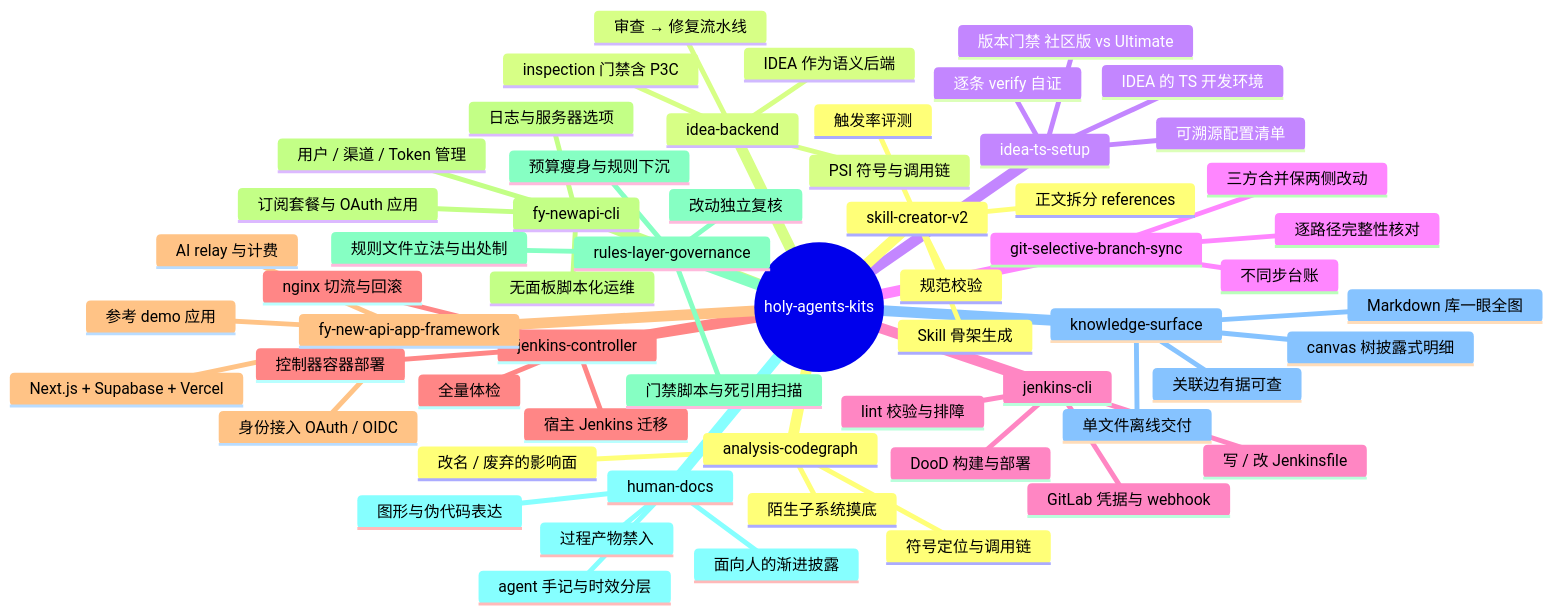
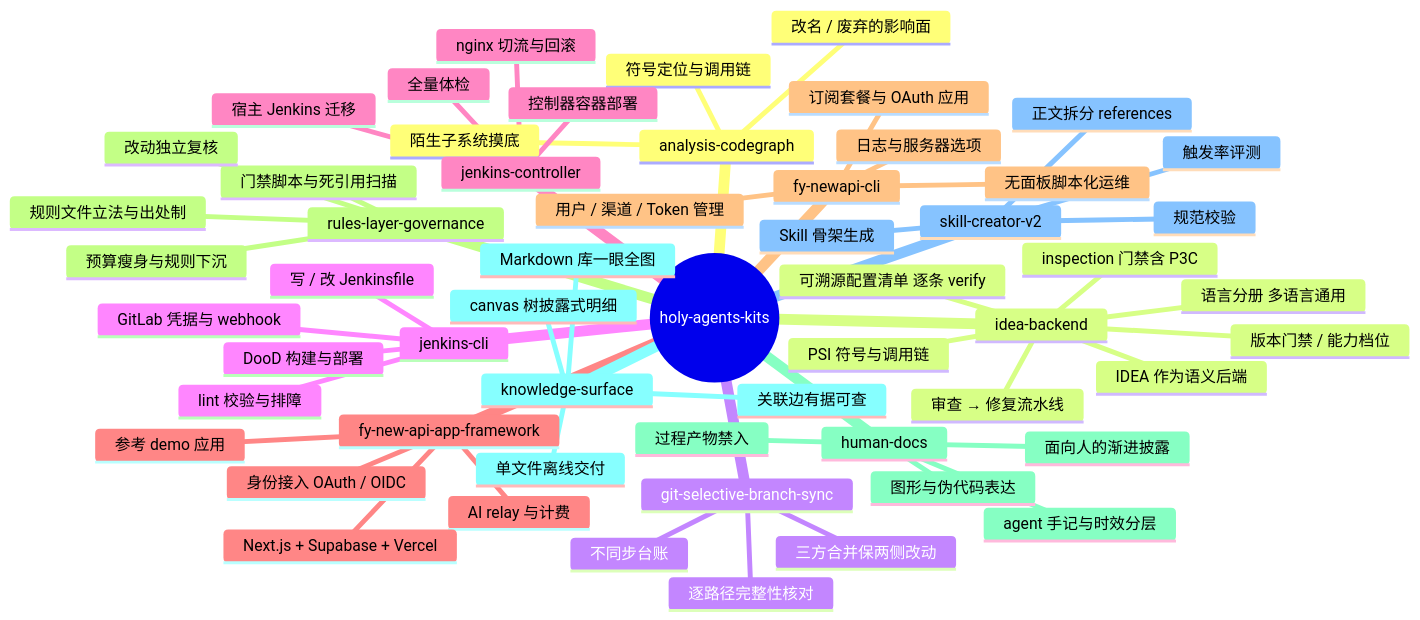
Before and after one commit to monsterbude123/holy-agents-kits: the diagram in README.md, drawn with Mermaid. The commit also changed other lines of this file and 95 other files, not shown here.

First line of the commit message:
refactor: idea-backend 收编 idea-ts-setup 成语言分册，改成多语言通用技能 + 新增 Python 分册；技能 2 → 1，TS 清单 64 条原样保留，Python 分册 16 条 + IDE 侧 6 条全自证

````diff
--- a/README.md
+++ b/README.md
@@ -13,62 +13,60 @@
 ```mermaid
 mindmap
   root((holy-agents-kits))
     analysis-codegraph
       符号定位与调用链
       改名 / 废弃的影响面
       陌生子系统摸底
     idea-backend
       IDEA 作为语义后端
       PSI 符号与调用链
       inspection 门禁含 P3C
       审查 → 修复流水线
-    idea-ts-setup
-      IDEA 的 TS 开发环境
-      版本门禁 社区版 vs Ultimate
-      可溯源配置清单
-      逐条 verify 自证
+      语言分册 多语言通用
+      版本门禁 / 能力档位
+      可溯源配置清单 逐条 verify
     git-selective-branch-sync
       三方合并保两侧改动
       不同步台账
       逐路径完整性核对
     jenkins-cli
       写 / 改 Jenkinsfile
       DooD 构建与部署
       GitLab 凭据与 webhook
       lint 校验与排障
     jenkins-controller
       控制器容器部署
       宿主 Jenkins 迁移
       nginx 切流与回滚
       全量体检
     fy-new-api-app-framework
       身份接入 OAuth / OIDC
       AI relay 与计费
       Next.js + Supabase + Vercel
       参考 demo 应用
     fy-newapi-cli
       用户 / 渠道 / Token 管理
       日志与服务器选项
       订阅套餐与 OAuth 应用
       无面板脚本化运维
     rules-layer-governance
       规则文件立法与出处制
       预算瘦身与规则下沉
       门禁脚本与死引用扫描
       改动独立复核
     human-docs
       面向人的渐进披露
       图形与伪代码表达
       过程产物禁入
       agent 手记与时效分层
     knowledge-surface
       Markdown 库一眼全图
       canvas 树披露式明细
       关联边有据可查
       单文件离线交付
     skill-creator-v2
       Skill 骨架生成
       正文拆分 references
       规范校验
       触发率评测
 ```
````
